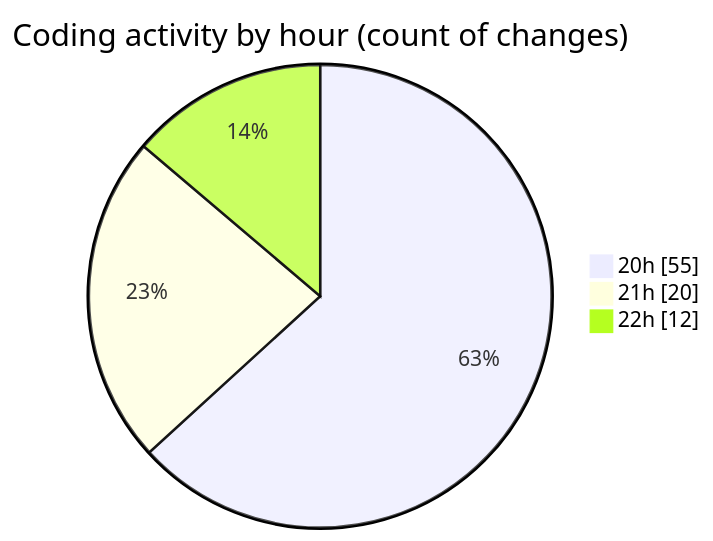
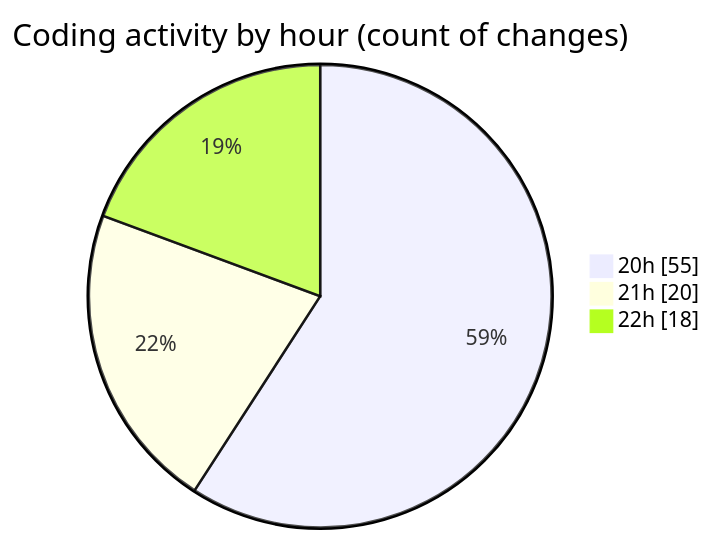
The second of 2 diagrams in 2025-09-01/20m/README.md (lephambinh05/code-tracking), drawn with Mermaid before and after one commit. The commit also changed other lines of this file and 1 other file, not shown here.

````diff
--- a/2025-09-01/20m/README.md
+++ b/2025-09-01/20m/README.md
@@ -66,7 +69,7 @@
 ```mermaid
 pie showData
 title Coding activity by hour (count of changes)
 "20h" : 55
 "21h" : 20
-"22h" : 12
+"22h" : 18
 ```
````
